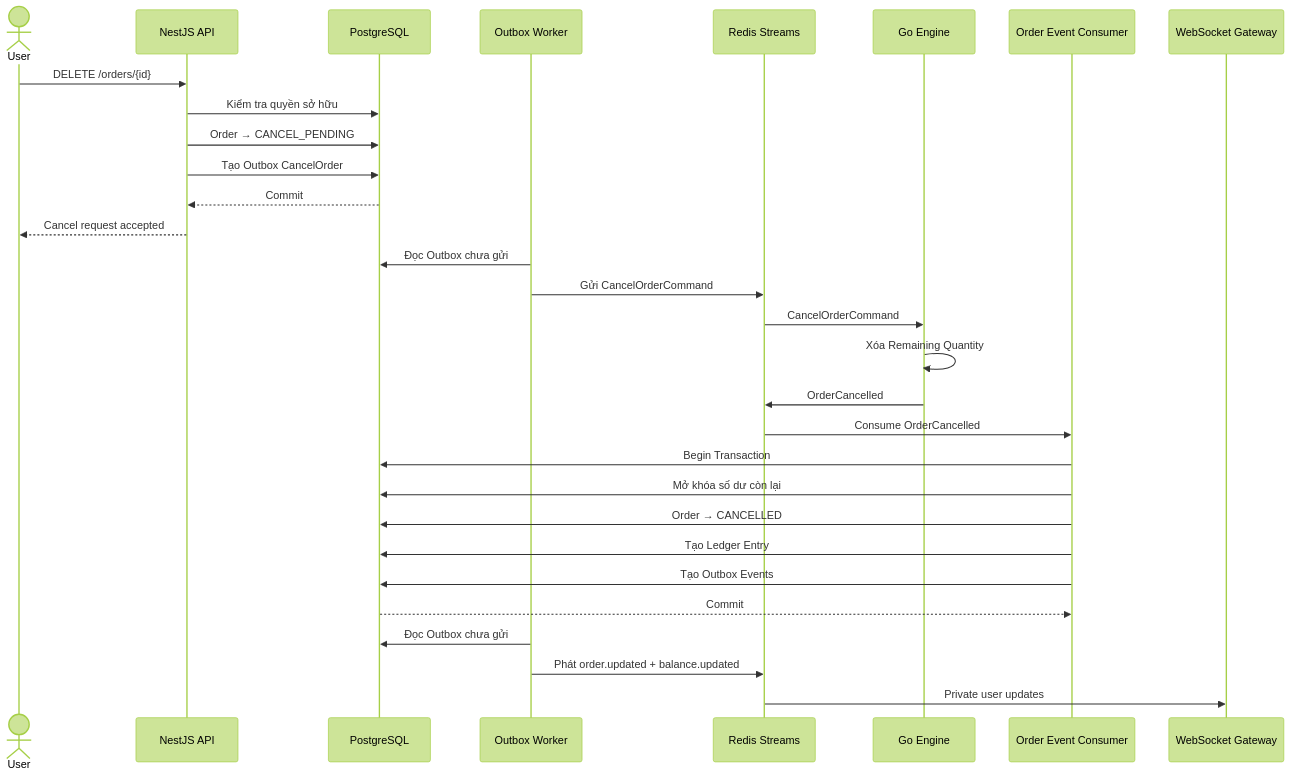
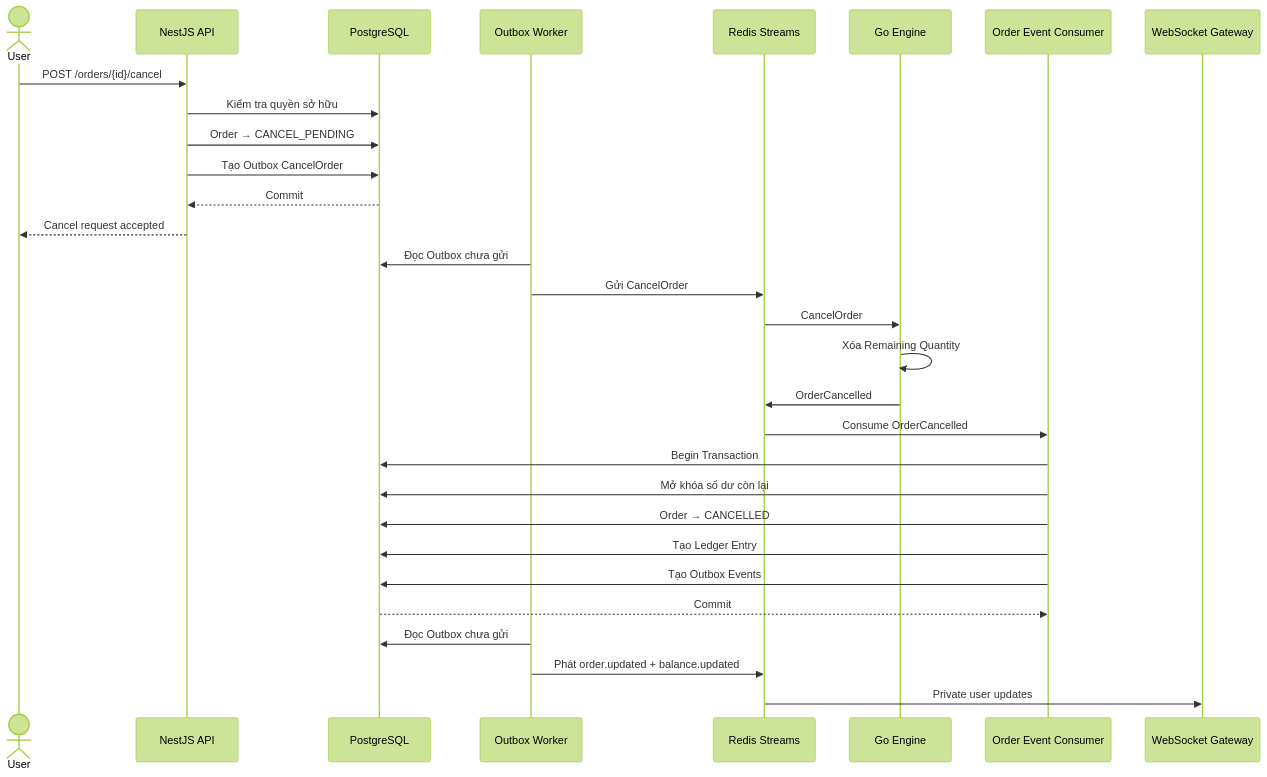
One commit to TrVHau/hau-cex changed the sixth of 9 diagrams in docs/06-system-architecture.md. Above: the diagram before and after it, drawn with Mermaid (forest theme). The commit also changed other lines of this file and 6 other files, not shown here.

````diff
--- a/docs/06-system-architecture.md
+++ b/docs/06-system-architecture.md
@@ -789,34 +797,34 @@
 ```mermaid
 sequenceDiagram
     actor U as User
     participant API as NestJS API
     participant DB as PostgreSQL
     participant OW as Outbox Worker
     participant RS as Redis Streams
     participant ME as Go Engine
     participant OEC as Order Event Consumer
     participant WS as WebSocket Gateway
 
-    U->>API: DELETE /orders/{id}
+    U->>API: POST /orders/{id}/cancel
     API->>DB: Kiểm tra quyền sở hữu
     API->>DB: Order → CANCEL_PENDING
     API->>DB: Tạo Outbox CancelOrder
     DB-->>API: Commit
     API-->>U: Cancel request accepted
 
     OW->>DB: Đọc Outbox chưa gửi
-    OW->>RS: Gửi CancelOrderCommand
-    RS->>ME: CancelOrderCommand
+    OW->>RS: Gửi CancelOrder
+    RS->>ME: CancelOrder
     ME->>ME: Xóa Remaining Quantity
     ME->>RS: OrderCancelled
     RS->>OEC: Consume OrderCancelled
     OEC->>DB: Begin Transaction
     OEC->>DB: Mở khóa số dư còn lại
     OEC->>DB: Order → CANCELLED
     OEC->>DB: Tạo Ledger Entry
     OEC->>DB: Tạo Outbox Events
     DB-->>OEC: Commit
     OW->>DB: Đọc Outbox chưa gửi
     OW->>RS: Phát order.updated + balance.updated
     RS->>WS: Private user updates
 ```
````
